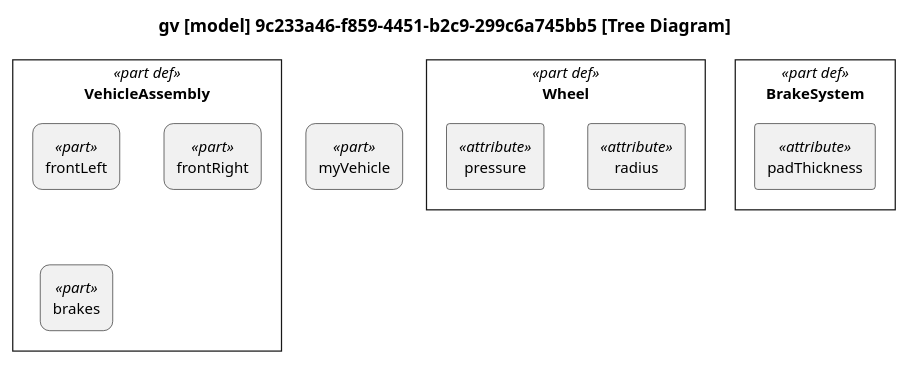
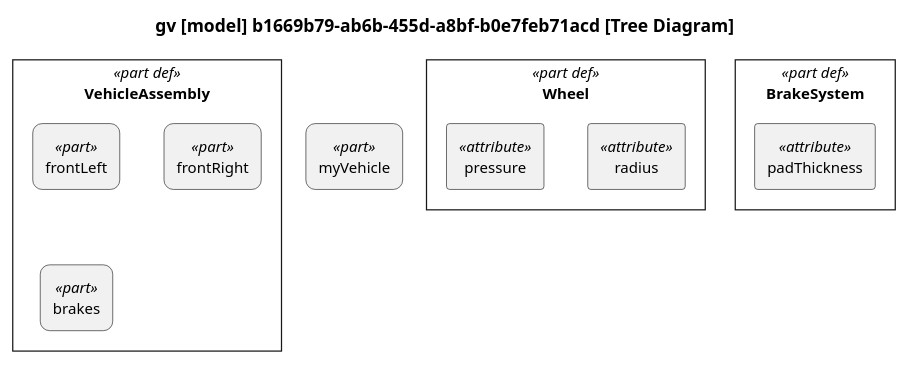
One commit to mycr0ft/sysml2py changed the diagram in docs/plantuml-examples/12-tree-diagram.puml. Above: the diagram before and after it, drawn with PlantUML. The commit also changed 27 other files, not shown here.

```diff
--- a/docs/plantuml-examples/12-tree-diagram.puml
+++ b/docs/plantuml-examples/12-tree-diagram.puml
@@ -1,53 +1,53 @@
 @startuml
 
 skinparam monochrome true
 skinparam wrapWidth 300
 skinparam defaultFontSize 12
 skinparam defaultFontName Helvetica
 
 skinparam rectangle<<part def>> {
     RoundCorner 0
 }
 skinparam rectangle<<part>> {
     RoundCorner 15
 }
 skinparam rectangle<<item def>> {
     RoundCorner 0
 }
 skinparam rectangle<<item>> {
     RoundCorner 15
 }
 skinparam rectangle<<action def>> {
     RoundCorner 0
 }
 skinparam rectangle<<action>> {
     RoundCorner 15
 }
 skinparam rectangle<<view def>> {
     RoundCorner 0
 }
 skinparam rectangle<<view>> {
     RoundCorner 15
 }
 
 top to bottom direction
 
-title gv [model] 9c233a46-f859-4451-b2c9-299c6a745bb5 [Tree Diagram]
+title gv [model] b1669b79-ab6b-455d-a8bf-b0e7feb71acd [Tree Diagram]
 
 hide circle
 
 rectangle "Wheel" as E1 <<part def>> {
     rectangle "radius" as E2 <<attribute>>
     rectangle "pressure" as E3 <<attribute>>
 }
 rectangle "BrakeSystem" as E4 <<part def>> {
     rectangle "padThickness" as E5 <<attribute>>
 }
 rectangle "VehicleAssembly" as E6 <<part def>> {
     rectangle "frontLeft" as E7 <<part>>
     rectangle "frontRight" as E8 <<part>>
     rectangle "brakes" as E9 <<part>>
 }
 rectangle "myVehicle" as E10 <<part>>
 
 @enduml
```
